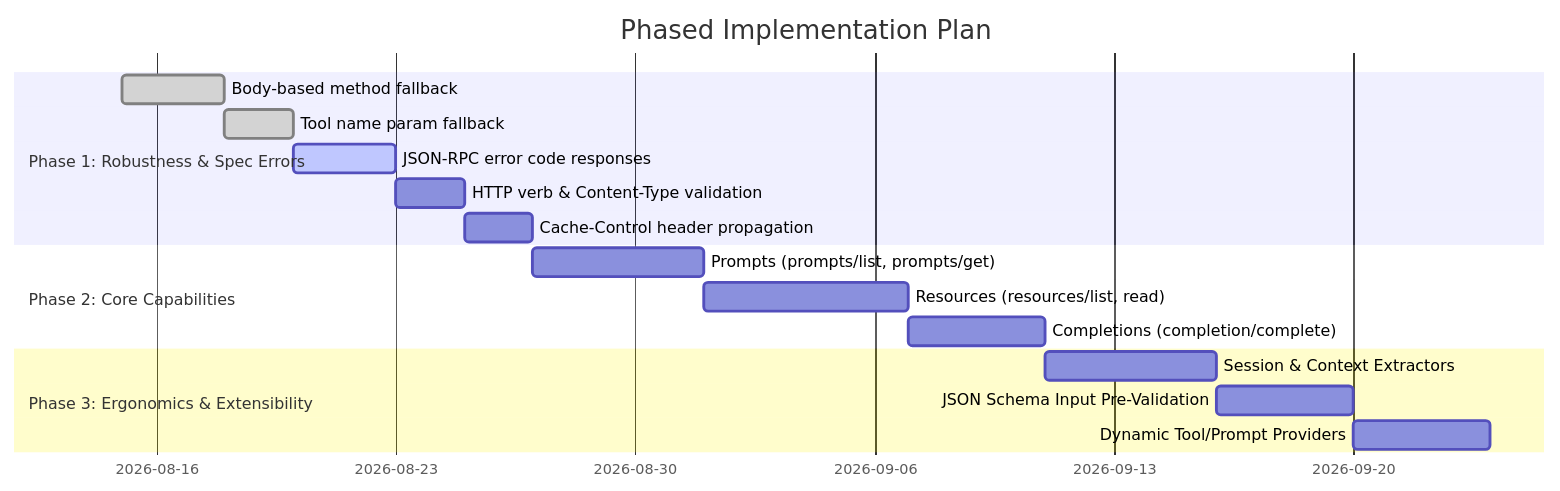
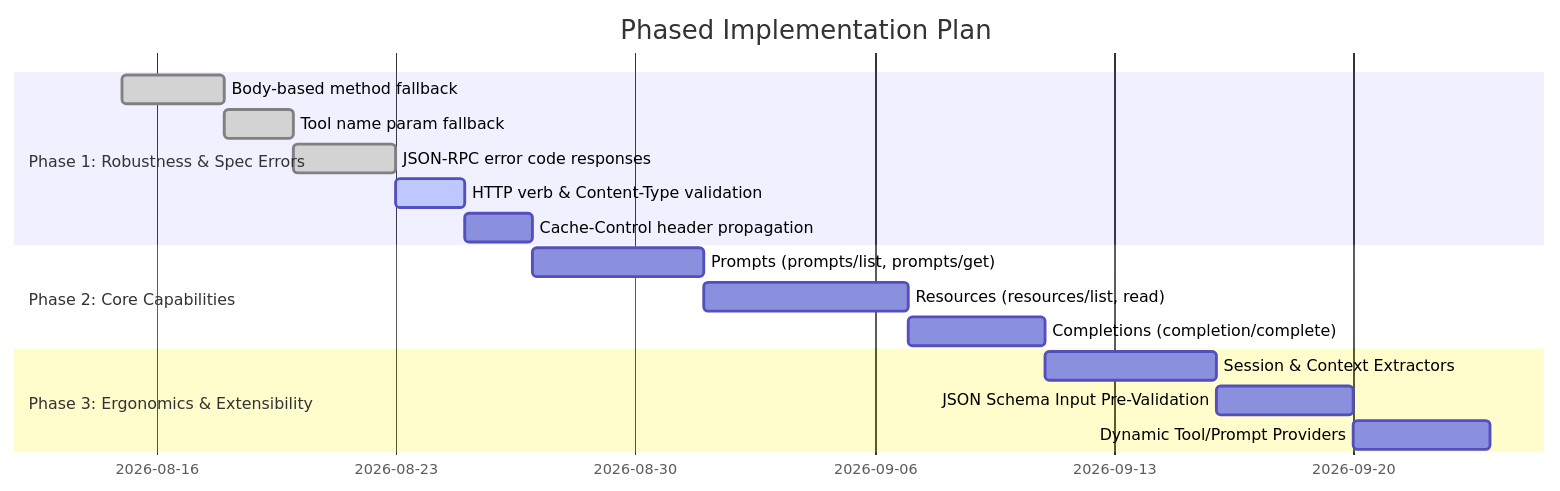
Before and after one commit to andreban/mcp-routing: the diagram in ROADMAP.md, drawn with Mermaid. The commit also changed other lines of this file and 8 other files, not shown here.

First line of the commit message:
feat(jsonrpc): implement standard JSON-RPC 2.0 error responses and error codes

````diff
--- a/ROADMAP.md
+++ b/ROADMAP.md
@@ -142,19 +142,19 @@
 ```mermaid
 gantt
     title Phased Implementation Plan
     dateFormat  YYYY-MM-DD
     section Phase 1: Robustness & Spec Errors
     Body-based method fallback         :done, p1_1, 2026-08-15, 3d
     Tool name param fallback           :done, p1_2, after p1_1, 2d
-    JSON-RPC error code responses      :active, p1_3, after p1_2, 3d
-    HTTP verb & Content-Type validation:p1_4, after p1_3, 2d
+    JSON-RPC error code responses      :done, p1_3, after p1_2, 3d
+    HTTP verb & Content-Type validation:active, p1_4, after p1_3, 2d
     Cache-Control header propagation   :p1_5, after p1_4, 2d
     section Phase 2: Core Capabilities
     Prompts (prompts/list, prompts/get):p2_1, after p1_5, 5d
     Resources (resources/list, read)   :p2_2, after p2_1, 6d
     Completions (completion/complete)  :p2_3, after p2_2, 4d
     section Phase 3: Ergonomics & Extensibility
     Session & Context Extractors       :p3_1, after p2_3, 5d
     JSON Schema Input Pre-Validation   :p3_2, after p3_1, 4d
     Dynamic Tool/Prompt Providers      :p3_3, after p3_2, 4d
 ```
````
